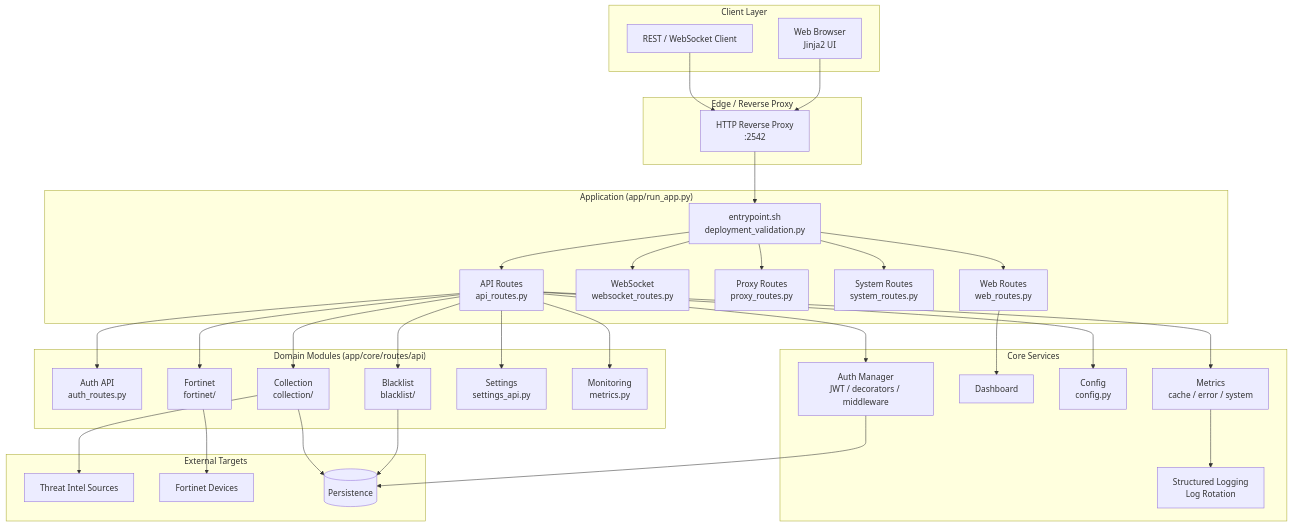
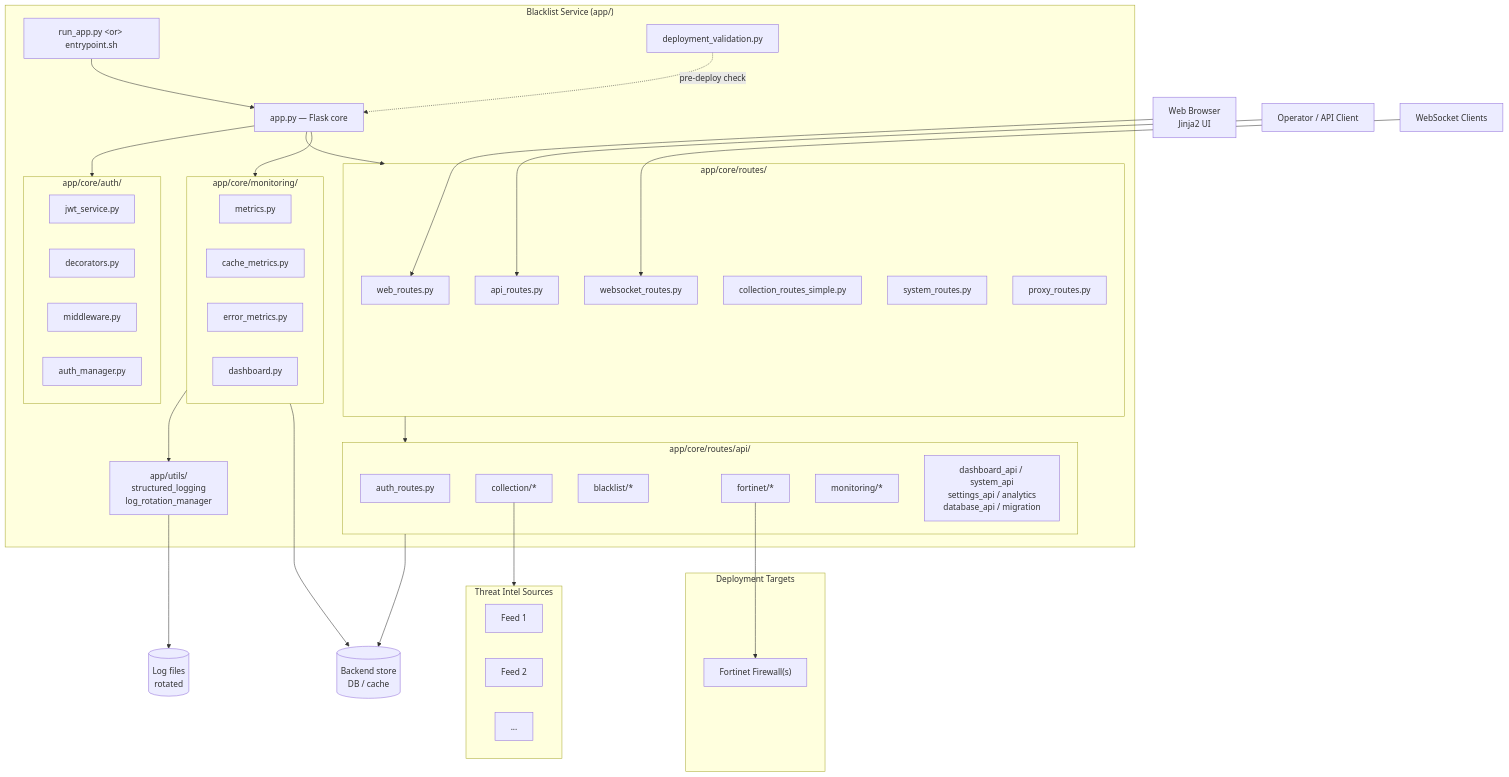
Before and after one commit to jclee941/blacklist: the second of 2 diagrams in README.md, drawn with Mermaid. The commit also changed other lines of this file, not shown here.

````diff
--- a/README.md
+++ b/README.md
@@ -322,68 +336,75 @@
 ```mermaid
 flowchart TB
-    subgraph Client["Client Layer"]
-        Browser["Web Browser<br/>Jinja2 UI"]
-        APIClient["REST / WebSocket Client"]
+    Browser["Web Browser<br/>Jinja2 UI"]
+    Client["Operator / API Client"]
+    WS["WebSocket Clients"]
+
+    subgraph App["Blacklist Service (app/)"]
+        Entry["run_app.py &lt;or&gt; entrypoint.sh"]
+        Core["app.py &mdash; Flask core"]
+
+        subgraph Auth["app/core/auth/"]
+            JWT["jwt_service.py"]
+            Decor["decorators.py"]
+            MW["middleware.py"]
+            AM["auth_manager.py"]
+        end
+
+        subgraph Routes["app/core/routes/"]
+            WebR["web_routes.py"]
+            APIR["api_routes.py"]
+            WSR["websocket_routes.py"]
+            CollR["collection_routes_simple.py"]
+            SysR["system_routes.py"]
+            ProxyR["proxy_routes.py"]
+        end
+
+        subgraph API["app/core/routes/api/"]
+            AuthA["auth_routes.py"]
+            CollA["collection/*"]
+            BlA["blacklist/*"]
+            FortA["fortinet/*"]
+            MonA["monitoring/*"]
+            EtcA["dashboard_api / system_api<br/>settings_api / analytics<br/>database_api / migration"]
+        end
+
+        subgraph Mon["app/core/monitoring/"]
+            Met["metrics.py"]
+            CM["cache_metrics.py"]
+            EM["error_metrics.py"]
+            Dash["dashboard.py"]
+        end
+
+        Util["app/utils/<br/>structured_logging<br/>log_rotation_manager"]
+        DeployVal["deployment_validation.py"]
     end
 
-    subgraph Edge["Edge / Reverse Proxy"]
-        Proxy["HTTP Reverse Proxy<br/>:2542"]
+    subgraph TI["Threat Intel Sources"]
+        F1["Feed 1"]
+        F2["Feed 2"]
+        FN["..."]
     end
 
-    subgraph App["Application (app/run_app.py)"]
-        Entry["entrypoint.sh<br/>deployment_validation.py"]
-        Web["Web Routes<br/>web_routes.py"]
-        WS["WebSocket<br/>websocket_routes.py"]
-        ProxyR["Proxy Routes<br/>proxy_routes.py"]
-        SystemR["System Routes<br/>system_routes.py"]
-        API["API Routes<br/>api_routes.py"]
+    subgraph FW["Deployment Targets"]
+        FFW["Fortinet Firewall(s)"]
     end
 
-    subgraph Domain["Domain Modules (app/core/routes/api)"]
-        Auth["Auth API<br/>auth_routes.py"]
-        Coll["Collection<br/>collection/"]
-        BL["Blacklist<br/>blacklist/"]
-        FT["Fortinet<br/>fortinet/"]
-        Set["Settings<br/>settings_api.py"]
-        Mon["Monitoring<br/>metrics.py"]
-    end
+    Store[("Backend store<br/>DB / cache")]
+    Logs[("Log files<br/>rotated")]
 
-    subgraph Core["Core Services"]
-        AuthMgr["Auth Manager<br/>JWT / decorators / middleware"]
-        Dash["Dashboard"]
-        Cfg["Config<br/>config.py"]
-        Log["Structured Logging<br/>Log Rotation"]
-        Met["Metrics<br/>cache / error / system"]
-    end
-
-    subgraph External["External Targets"]
-        TISources["Threat Intel Sources"]
-        Forti["Fortinet Devices"]
-        DB[("Persistence")]
-    end
-
-    Browser --> Proxy
-    APIClient --> Proxy
-    Proxy --> Entry
-    Entry --> Web
-    Entry --> WS
-    Entry --> ProxyR
-    Entry --> SystemR
-    Entry --> API
-    Web --> Dash
-    API --> Auth
-    API --> Coll
-    API --> BL
-    API --> FT
-    API --> Set
-    API --> Mon
-    API --> AuthMgr
-    API --> Cfg
-    API --> Met
-    Met --> Log
-    Coll --> TISources
-    BL --> DB
-    FT --> Forti
-    Coll --> DB
-    AuthMgr --> DB
+    Browser --> WebR
+    Client --> APIR
+    WS --> WSR
+    Entry --> Core
+    Core --> Auth
+    Core --> Routes
+    Routes --> API
+    Core --> Mon
+    Mon --> Util
+    Util --> Logs
+    CollA --> TI
+    FortA --> FFW
+    API --> Store
+    Mon --> Store
+    DeployVal -. pre-deploy check .-> Core
 ```
````
